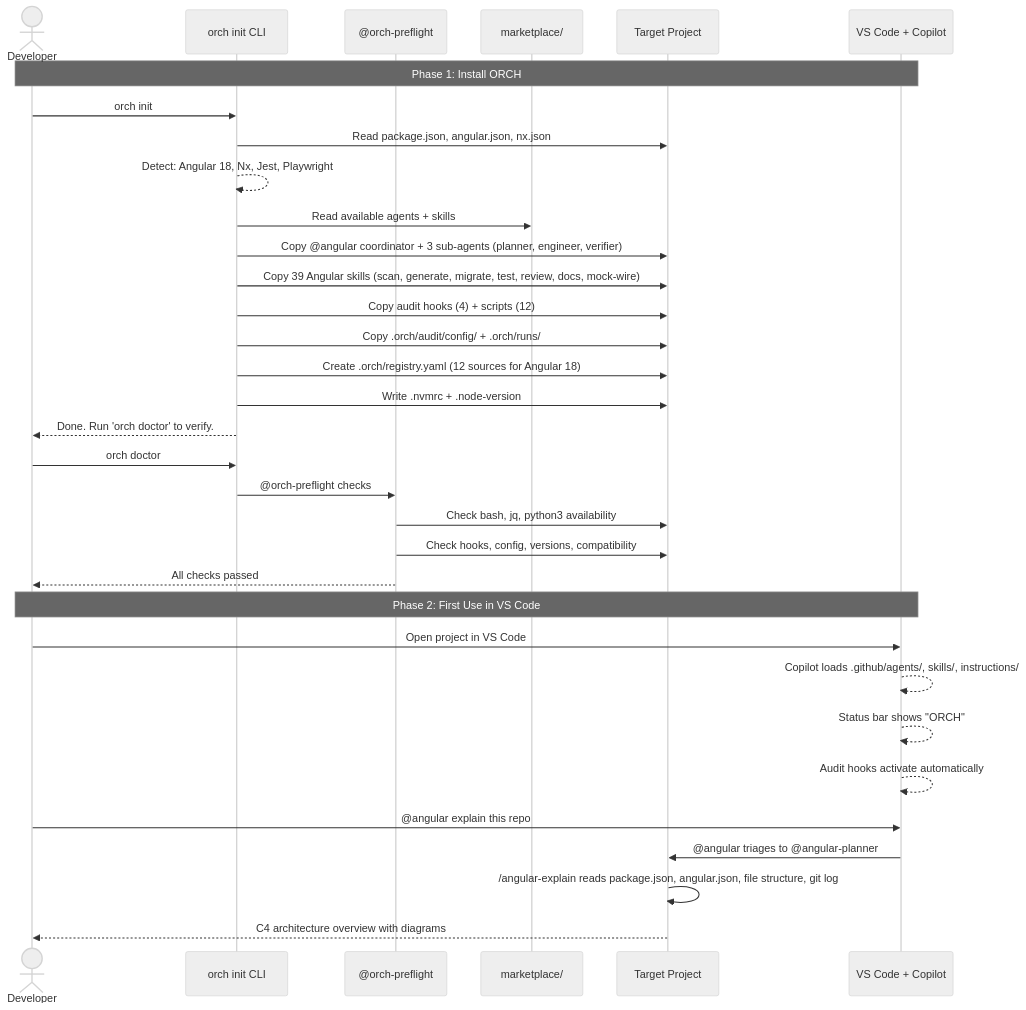
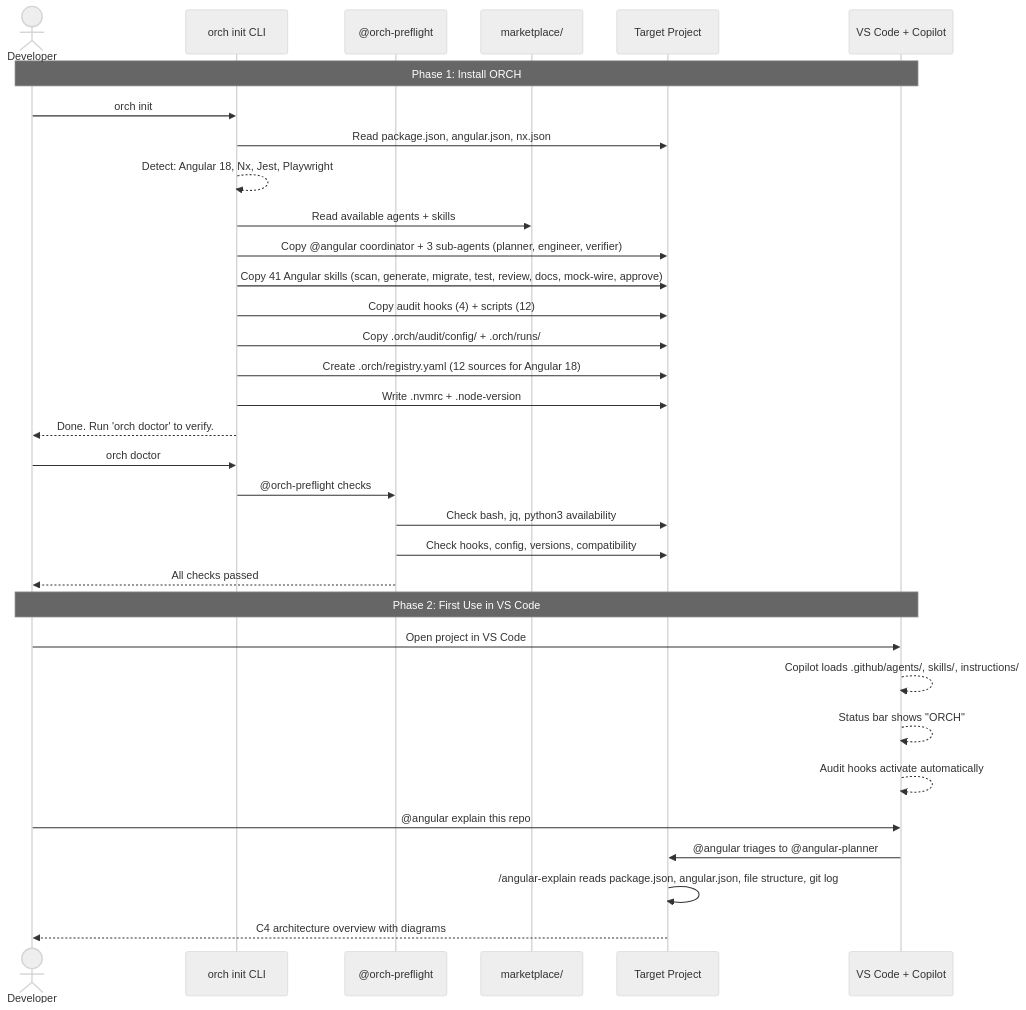
The first of 6 diagrams in docs/prd.md (oneinthebox/vscode-ghcp-agents), drawn with Mermaid (neutral theme) before and after one commit. The commit also changed other lines of this file and 16 other files, not shown here.

````diff
--- a/docs/prd.md
+++ b/docs/prd.md
@@ -490,41 +496,41 @@
 ```mermaid
 sequenceDiagram
     actor Dev as Developer
     participant CLI as orch init CLI
     participant PF as @orch-preflight
     participant MP as marketplace/
     participant Proj as Target Project
     participant VS as VS Code + Copilot
 
     Note over Dev,VS: Phase 1: Install ORCH
 
     Dev->>CLI: orch init
     CLI->>Proj: Read package.json, angular.json, nx.json
     CLI-->>CLI: Detect: Angular 18, Nx, Jest, Playwright
     CLI->>MP: Read available agents + skills
     CLI->>Proj: Copy @angular coordinator + 3 sub-agents (planner, engineer, verifier)
-    CLI->>Proj: Copy 39 Angular skills (scan, generate, migrate, test, review, docs, mock-wire)
+    CLI->>Proj: Copy 41 Angular skills (scan, generate, migrate, test, review, docs, mock-wire, approve)
     CLI->>Proj: Copy audit hooks (4) + scripts (12)
     CLI->>Proj: Copy .orch/audit/config/ + .orch/runs/
     CLI->>Proj: Create .orch/registry.yaml (12 sources for Angular 18)
     CLI->>Proj: Write .nvmrc + .node-version
     CLI-->>Dev: Done. Run 'orch doctor' to verify.
 
     Dev->>CLI: orch doctor
     CLI->>PF: @orch-preflight checks
     PF->>Proj: Check bash, jq, python3 availability
     PF->>Proj: Check hooks, config, versions, compatibility
     PF-->>Dev: All checks passed
 
     Note over Dev,VS: Phase 2: First Use in VS Code
 
     Dev->>VS: Open project in VS Code
     VS-->>VS: Copilot loads .github/agents/, skills/, instructions/
     VS-->>VS: Status bar shows "ORCH"
     VS-->>VS: Audit hooks activate automatically
 
     Dev->>VS: @angular explain this repo
     VS->>Proj: @angular triages to @angular-planner
     Proj->>Proj: /angular-explain reads package.json, angular.json, file structure, git log
     Proj-->>Dev: C4 architecture overview with diagrams
 ```
````
